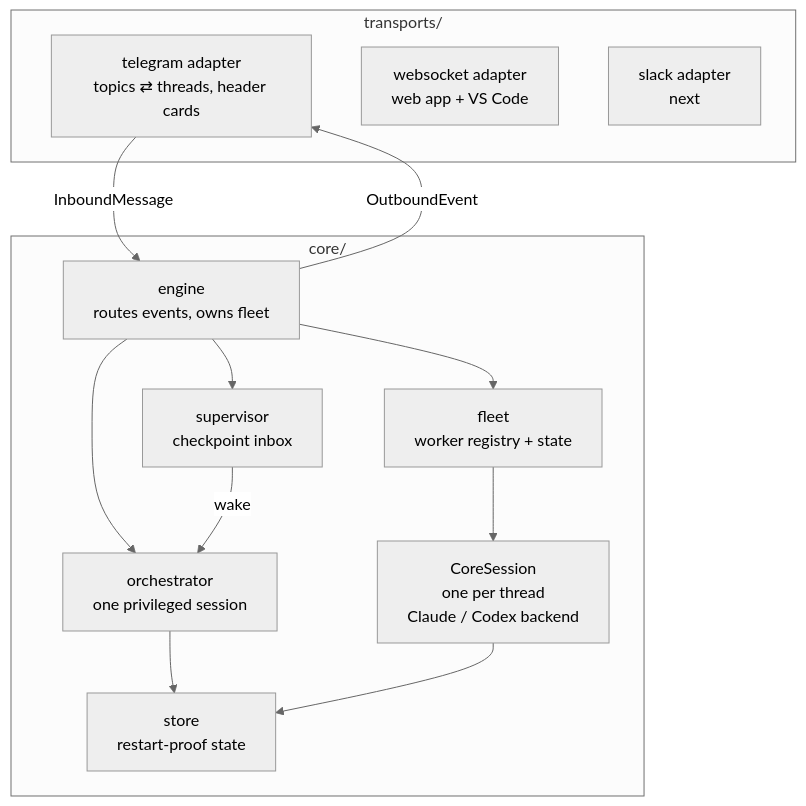
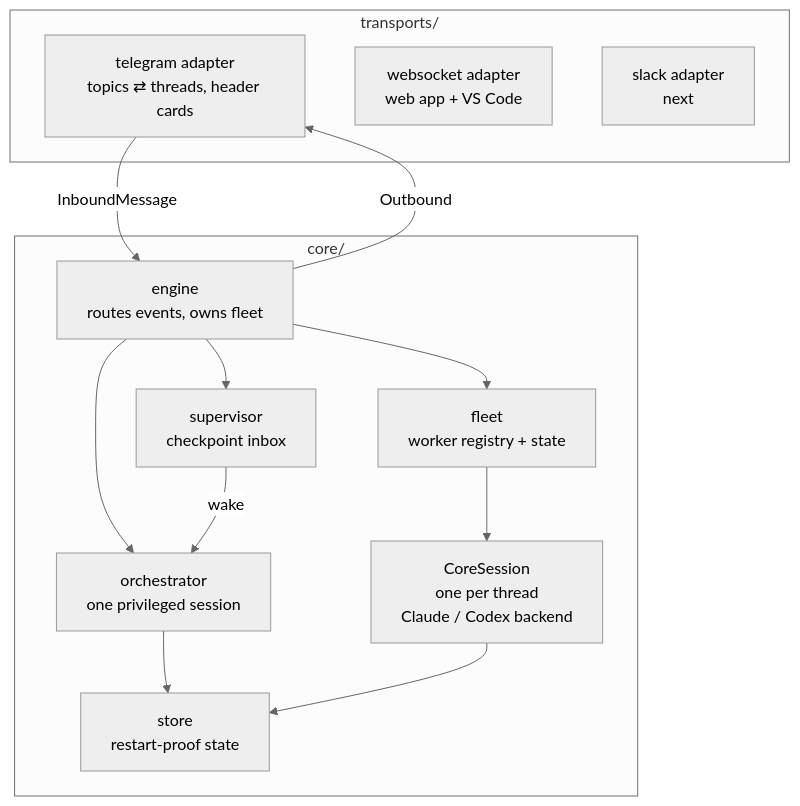
One commit to Dri-water/be-a-boss changed the first of 2 diagrams in docs/architecture.md. Above: the diagram before and after it, drawn with Mermaid (neutral theme). The commit also changed other lines of this file and 25 other files, not shown here.

````diff
--- a/docs/architecture.md
+++ b/docs/architecture.md
@@ -27,22 +27,22 @@
 ```mermaid
 flowchart TB
     subgraph transports/
         TG[telegram adapter<br/>topics ⇄ threads, header cards]
         WS[websocket adapter<br/>web app + VS Code]
         SLACK[slack adapter<br/>next]
     end
     subgraph core/
         ENG[engine<br/>routes events, owns fleet]
         ORC[orchestrator<br/>one privileged session]
         FLEET[fleet<br/>worker registry + state]
         CS[CoreSession<br/>one per thread<br/>Claude / Codex backend]
         SUP[supervisor<br/>checkpoint inbox]
         ST[store<br/>restart-proof state]
     end
     TG -- InboundMessage --> ENG
-    ENG -- OutboundEvent --> TG
+    ENG -- Outbound --> TG
     ENG --> ORC & FLEET & SUP
     FLEET --> CS
     SUP -- wake --> ORC
     ORC & CS --> ST
 ```
````
